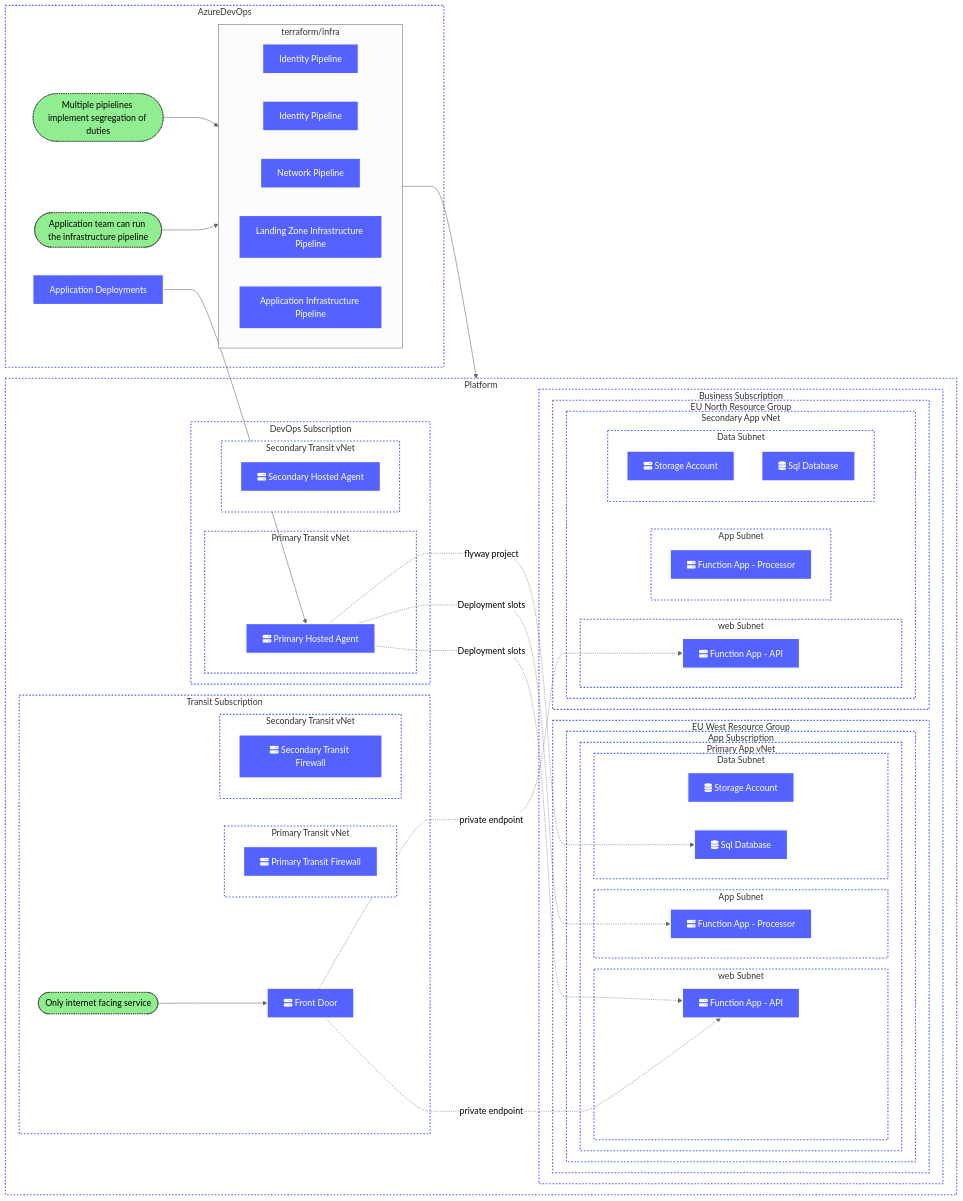
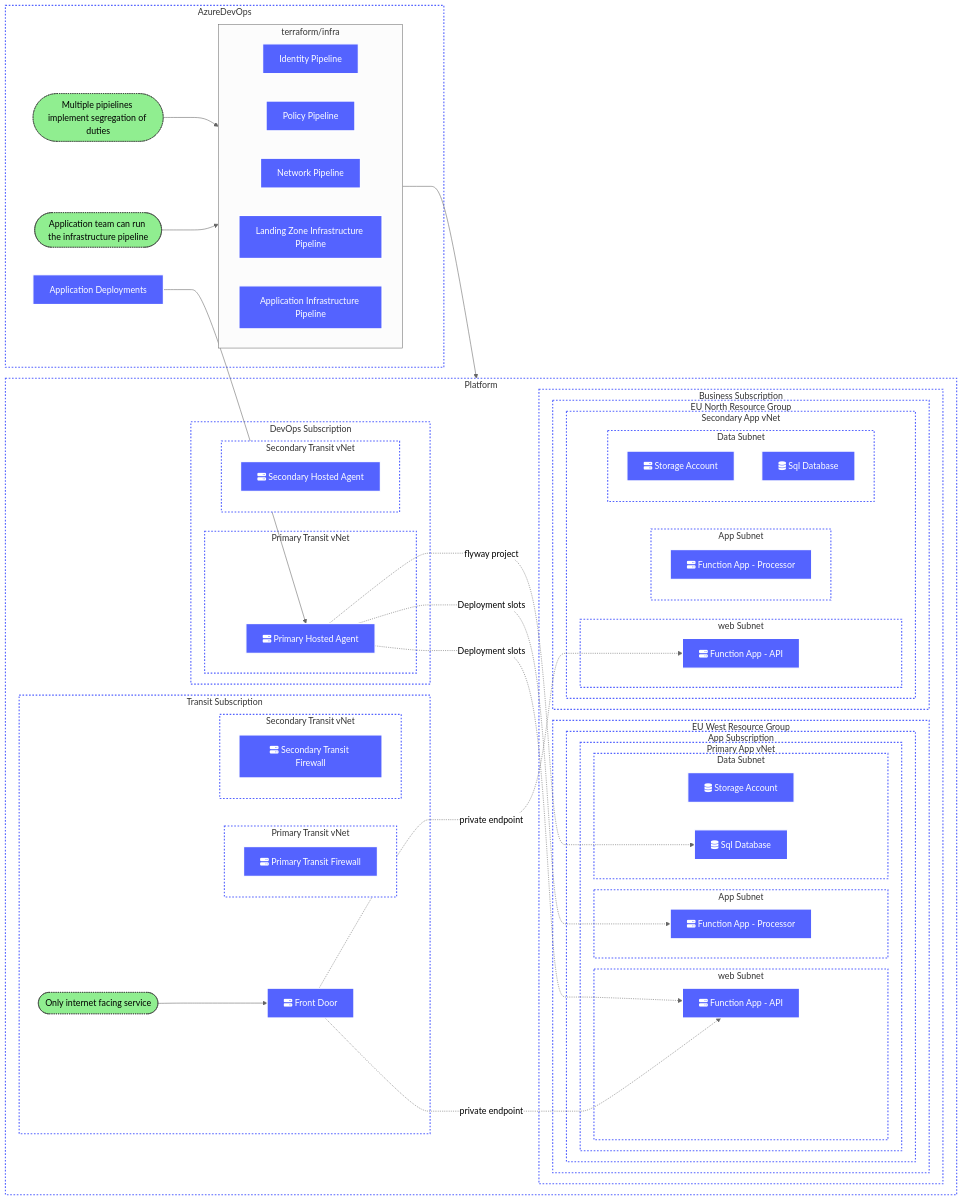
Before and after one commit to dermotreynolds/data.io.docs: the third of 4 diagrams in other/solution-design-example.md, drawn with Mermaid (neutral theme). The commit also changed other lines of this file, not shown here.

```diff
--- a/other/solution-design-example.md
+++ b/other/solution-design-example.md
@@ -236,7 +236,7 @@
         subgraph d101[terraform/infra]
             direction LR
             Identity[Identity Pipeline]:::DeviceClass
-            Policy[Identity Pipeline]:::DeviceClass
+            Policy[Policy Pipeline]:::DeviceClass
             Network[Network Pipeline]:::DeviceClass
             Infrastructure1[Landing Zone Infrastructure Pipeline]:::DeviceClass
             Infrastructure[Application Infrastructure Pipeline]:::DeviceClass
```
